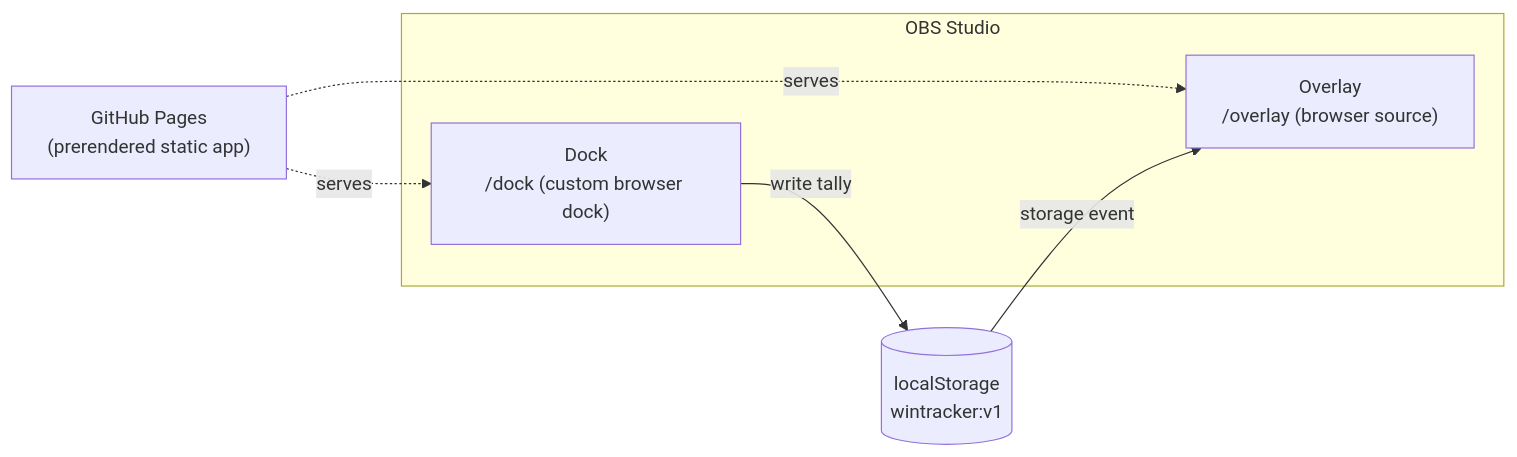
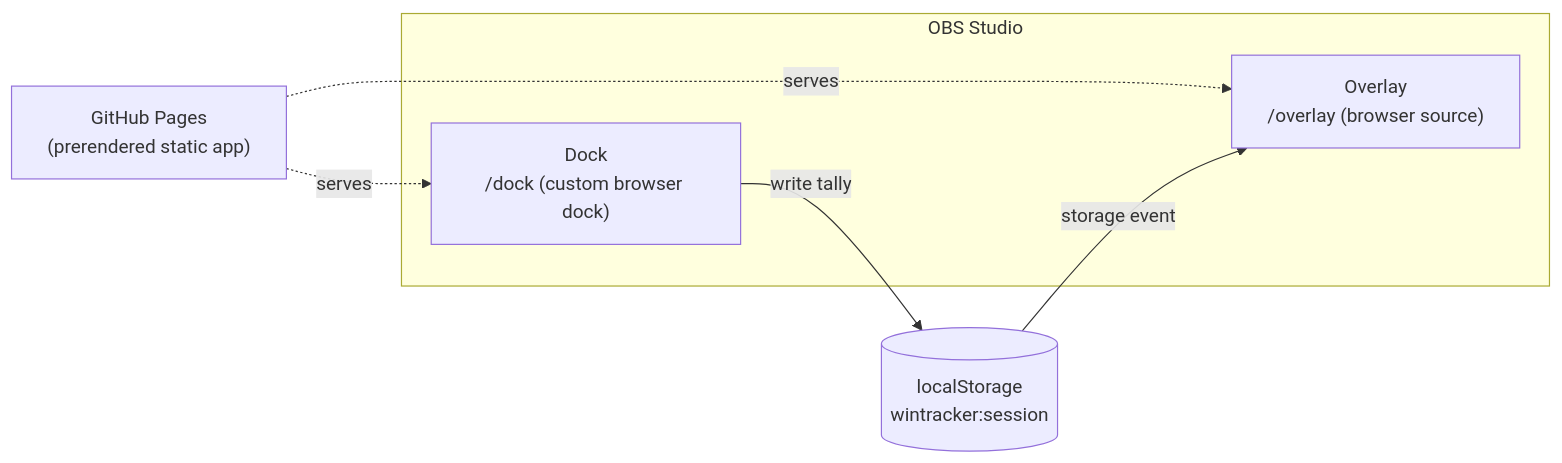
One commit to hk0i/streakingftw changed the first of 2 diagrams in docs/2026-08-21-EDD.md. Above: the diagram before and after it, drawn with Mermaid. The commit also changed other lines of this file, not shown here.

Commit message:
[docs] add: resolve localStorage key naming/versioning scheme in EDD

````diff
--- a/docs/2026-08-21-EDD.md
+++ b/docs/2026-08-21-EDD.md
@@ -22,11 +22,11 @@
 ```mermaid
 flowchart LR
     subgraph OBS["OBS Studio"]
         Dock["Dock\n/dock (custom browser dock)"]
         Overlay["Overlay\n/overlay (browser source)"]
     end
     GH["GitHub Pages\n(prerendered static app)"] -. serves .-> Dock
     GH -. serves .-> Overlay
-    Dock -- "write tally" --> LS[("localStorage\nwintracker:v1")]
+    Dock -- "write tally" --> LS[("localStorage\nwintracker:session")]
     LS -- "storage event" --> Overlay
 ```
````
